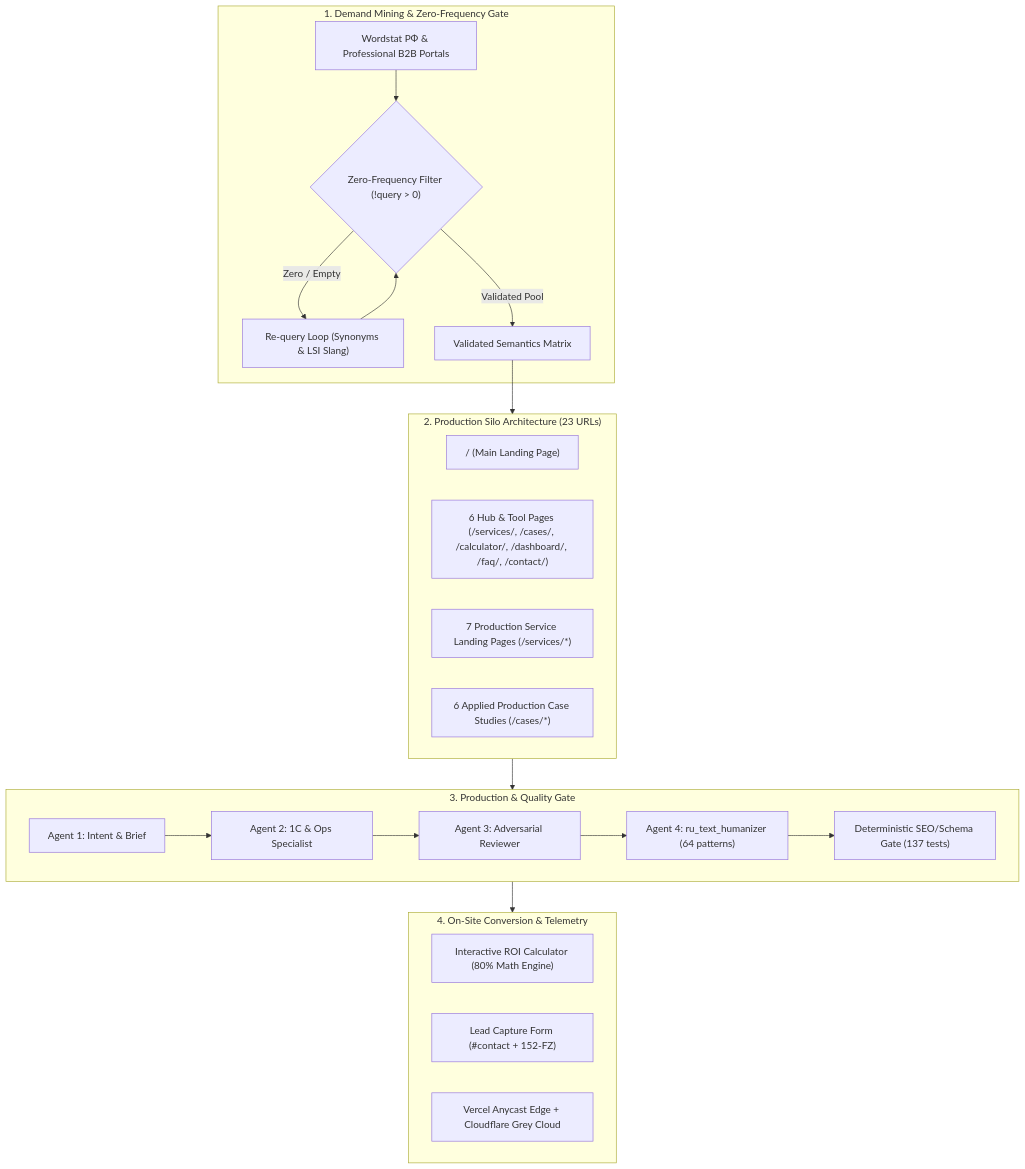
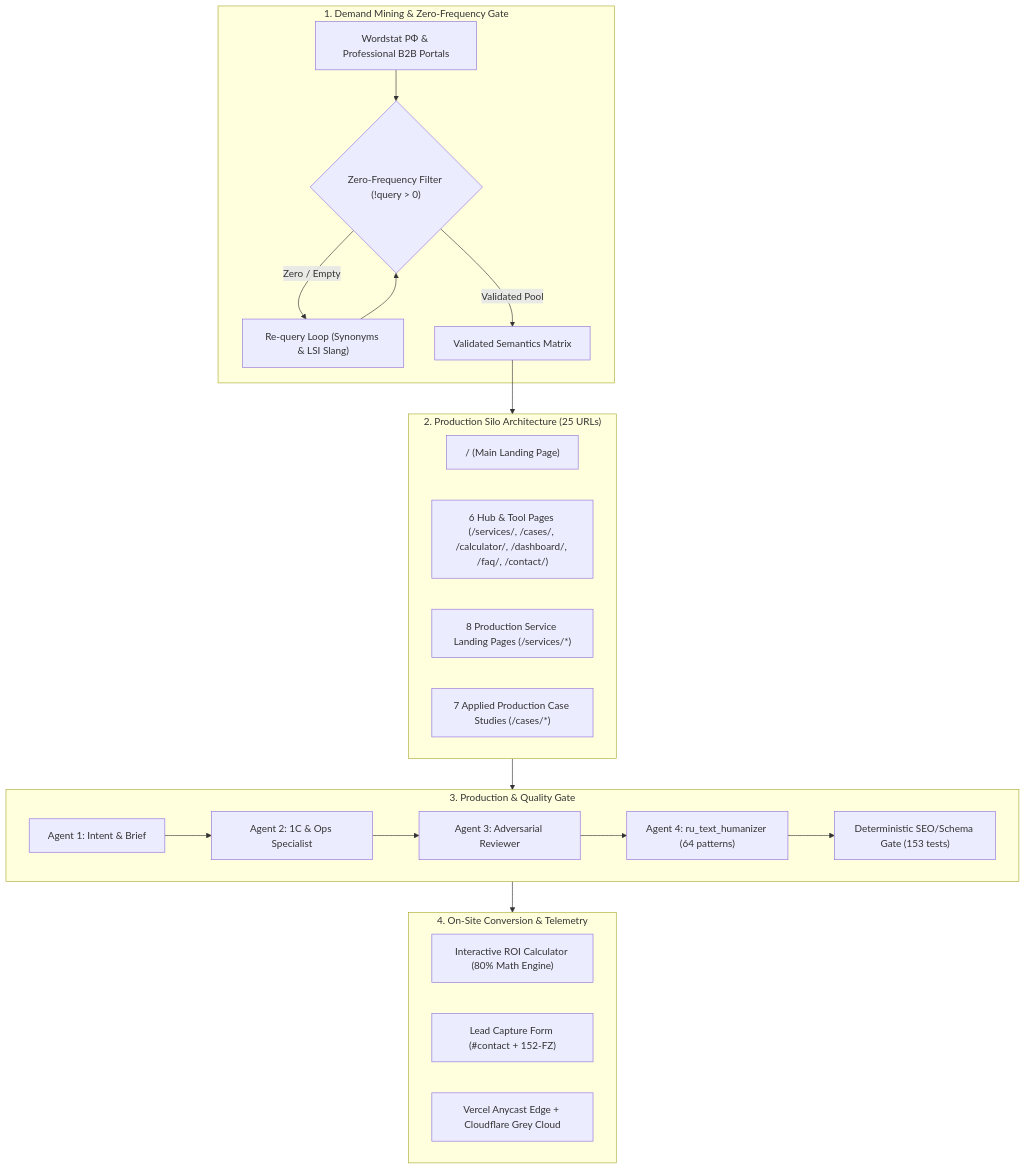
The first of 2 diagrams in content_strategy_implementation_plan.md (Vlad-Voro/ai-avtopilot), drawn with Mermaid before and after one commit. The commit also changed other lines of this file and 19 other files, not shown here.

Commit message:
feat(services): add speech analytics and call QA scenario landing page, bento preview and sitemap sync

````diff
--- a/content_strategy_implementation_plan.md
+++ b/content_strategy_implementation_plan.md
@@ -12,31 +12,31 @@
 ```mermaid
 flowchart TD
     subgraph Sourcing ["1. Demand Mining & Zero-Frequency Gate"]
         W["Wordstat РФ & Professional B2B Portals"] --> Val{"Zero-Frequency Filter (!query > 0)"}
         Val -- "Zero / Empty" --> ReQ["Re-query Loop (Synonyms & LSI Slang)"]
         ReQ --> Val
         Val -- "Validated Pool" --> Brief["Validated Semantics Matrix"]
     end
 
-    subgraph Architecture ["2. Production Silo Architecture (23 URLs)"]
+    subgraph Architecture ["2. Production Silo Architecture (25 URLs)"]
         Root["/ (Main Landing Page)"]
         Hubs["6 Hub & Tool Pages (/services/, /cases/, /calculator/, /dashboard/, /faq/, /contact/)"]
-        T1["7 Production Service Landing Pages (/services/*)"]
-        T3["6 Applied Production Case Studies (/cases/*)"]
+        T1["8 Production Service Landing Pages (/services/*)"]
+        T3["7 Applied Production Case Studies (/cases/*)"]
     end
 
     subgraph Pipeline ["3. Production & Quality Gate"]
         Arch["Agent 1: Intent & Brief"] --> Writer["Agent 2: 1C & Ops Specialist"]
         Writer --> Critic["Agent 3: Adversarial Reviewer"]
         Critic --> Humanizer["Agent 4: ru_text_humanizer (64 patterns)"]
-        Humanizer --> Gate["Deterministic SEO/Schema Gate (137 tests)"]
+        Humanizer --> Gate["Deterministic SEO/Schema Gate (153 tests)"]
     end
 
     subgraph Conversion ["4. On-Site Conversion & Telemetry"]
         Calc["Interactive ROI Calculator (80% Math Engine)"]
         Form["Lead Capture Form (#contact + 152-FZ)"]
         Edge["Vercel Anycast Edge + Cloudflare Grey Cloud"]
     end
 
     Brief --> Architecture --> Pipeline --> Conversion
 ```
````
